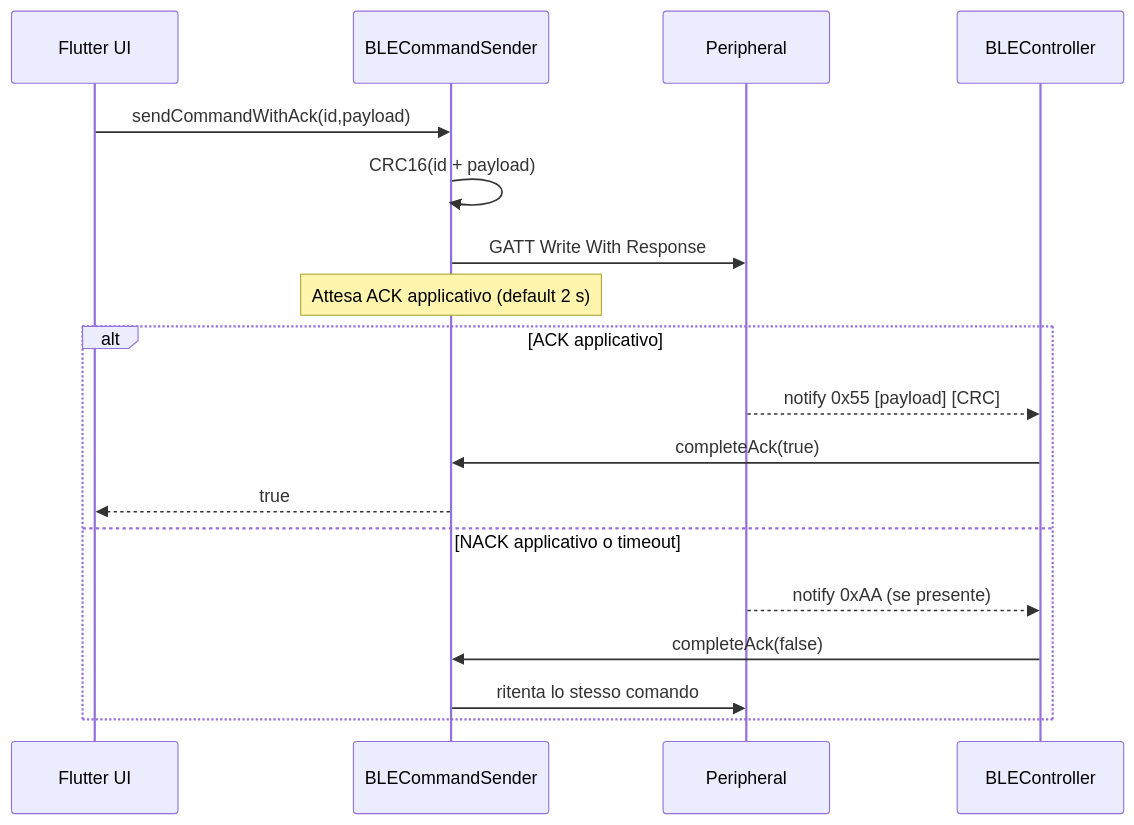
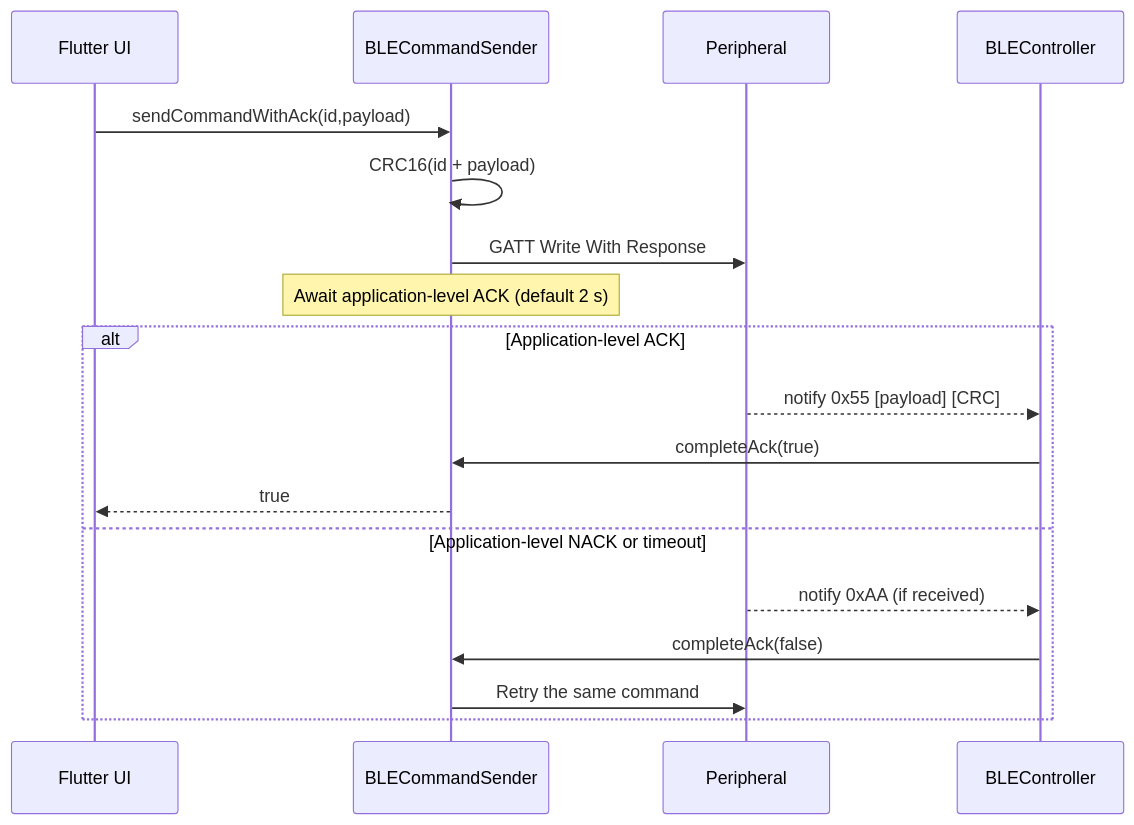
Before and after one commit to deewmike/InsulinGuard: the diagram in docs/BLE_PROTOCOL.md, drawn with Mermaid. The commit also changed other lines of this file and 7 other files, not shown here.

````diff
--- a/docs/BLE_PROTOCOL.md
+++ b/docs/BLE_PROTOCOL.md
@@ -91,20 +91,20 @@
 ```mermaid
 sequenceDiagram
   participant UI as Flutter UI
   participant S as BLECommandSender
   participant P as Peripheral
   participant H as BLEController
   UI->>S: sendCommandWithAck(id,payload)
   S->>S: CRC16(id + payload)
   S->>P: GATT Write With Response
-  Note over S: Attesa ACK applicativo (default 2 s)
-  alt ACK applicativo
+  Note over S: Await application-level ACK (default 2 s)
+  alt Application-level ACK
     P-->>H: notify 0x55 [payload] [CRC]
     H->>S: completeAck(true)
     S-->>UI: true
-  else NACK applicativo o timeout
-    P-->>H: notify 0xAA (se presente)
+  else Application-level NACK or timeout
+    P-->>H: notify 0xAA (if received)
     H->>S: completeAck(false)
-    S->>P: ritenta lo stesso comando
+    S->>P: Retry the same command
   end
 ```
````
